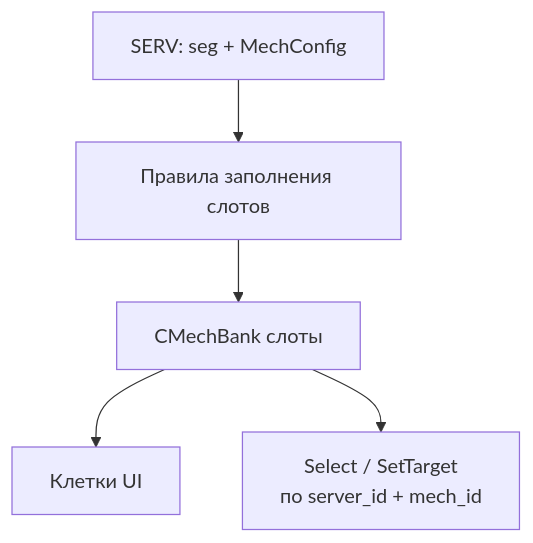
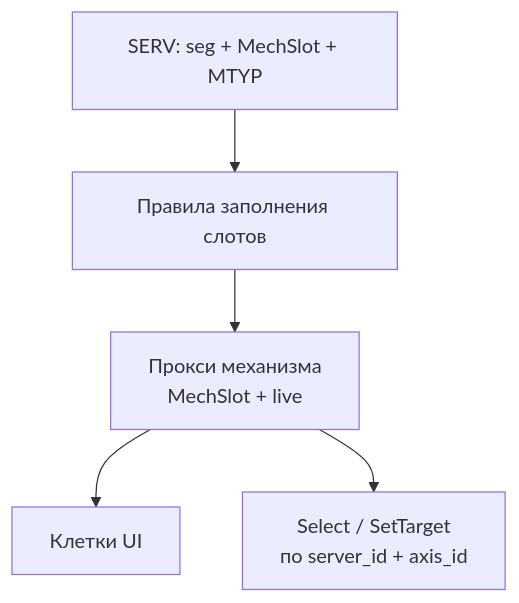
One commit to gleykinmyu/Embedded changed the third of 7 diagrams in PUMS/Console/src/smcp/SYSTEM.md. Above: the diagram before and after it, drawn with Mermaid. The commit also changed other lines of this file and 106 other files, not shown here.

````diff
--- a/PUMS/Console/src/smcp/SYSTEM.md
+++ b/PUMS/Console/src/smcp/SYSTEM.md
@@ -93,7 +122,7 @@
 ```mermaid
 flowchart TB
-  SERV[SERV: seg + MechConfig] --> Fill[Правила заполнения слотов]
-  Fill --> Bank[CMechBank слоты]
+  SERV[SERV: seg + MechSlot + MTYP] --> Fill[Правила заполнения слотов]
+  Fill --> Bank[Прокси механизма\nMechSlot + live]
   Bank --> Cell[Клетки UI]
-  Bank --> Wire["Select / SetTarget\nпо server_id + mech_id"]
+  Bank --> Wire["Select / SetTarget\nпо server_id + axis_id"]
 ```
````
